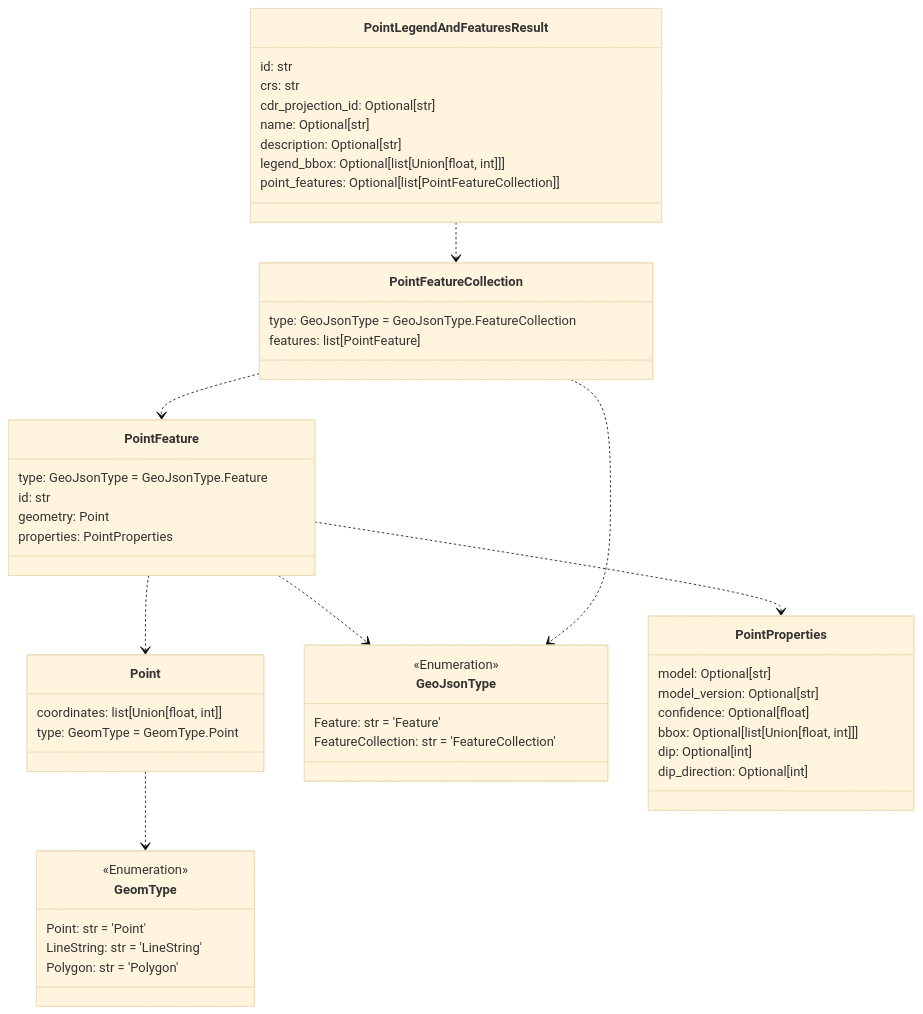
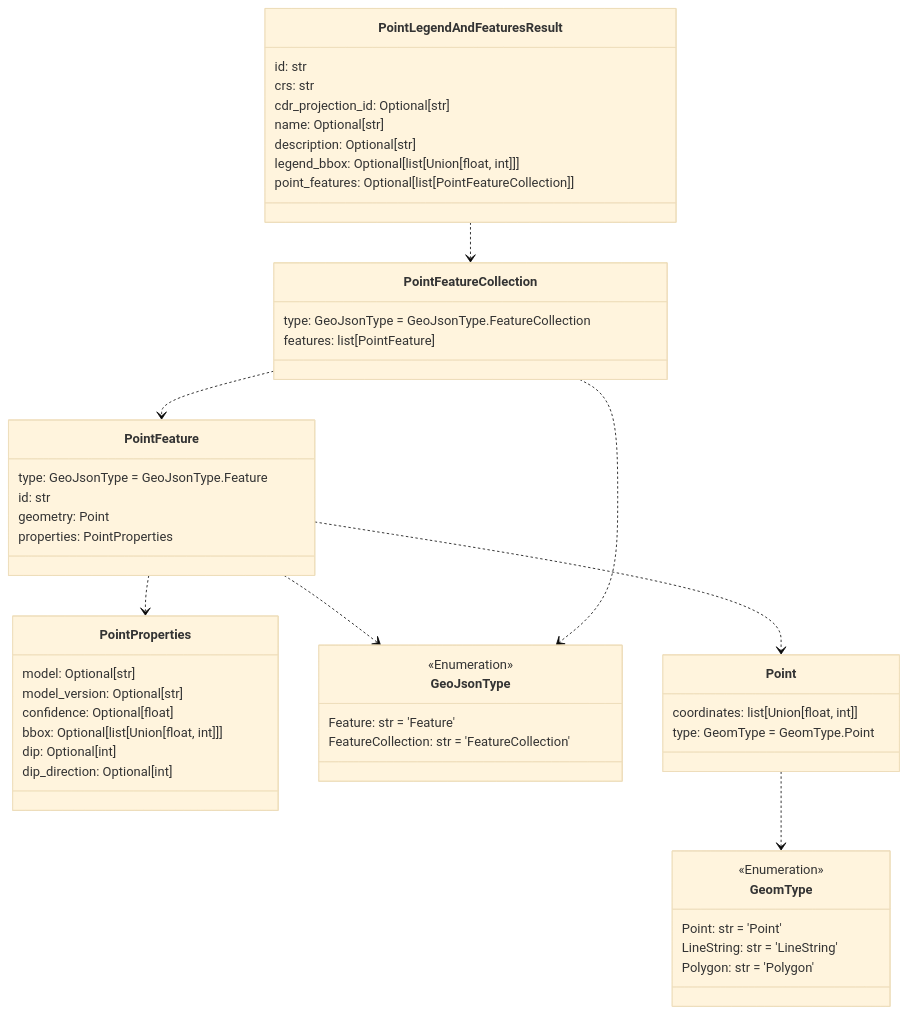
One commit to DARPA-CRITICALMAAS/cdr_schemas changed the fourth of 11 diagrams in README.md. Above: the diagram before and after it, drawn with Mermaid (base theme). The commit also changed other lines of this file and 1 other file, not shown here.

````diff
--- a/README.md
+++ b/README.md
@@ -278,62 +278,62 @@
 ```mermaid
 classDiagram
 
-    class Point {
-        coordinates: list[Union[float, int]]
-        type: GeomType = GeomType.Point
+    class PointProperties {
+        model: Optional[str]
+        model_version: Optional[str]
+        confidence: Optional[float]
+        bbox: Optional[list[Union[float, int]]]
+        dip: Optional[int]
+        dip_direction: Optional[int]
     }
 
     class GeoJsonType {
         <<Enumeration>>
         Feature: str = 'Feature'
         FeatureCollection: str = 'FeatureCollection'
+    }
+
+    class PointFeature {
+        type: GeoJsonType = GeoJsonType.Feature
+        id: str
+        geometry: Point
+        properties: PointProperties
     }
 
     class PointLegendAndFeaturesResult {
         id: str
         crs: str
         cdr_projection_id: Optional[str]
         name: Optional[str]
         description: Optional[str]
         legend_bbox: Optional[list[Union[float, int]]]
         point_features: Optional[list[PointFeatureCollection]]
     }
 
-    class PointFeatureCollection {
-        type: GeoJsonType = GeoJsonType.FeatureCollection
-        features: list[PointFeature]
-    }
-
     class GeomType {
         <<Enumeration>>
         Point: str = 'Point'
         LineString: str = 'LineString'
         Polygon: str = 'Polygon'
     }
 
-    class PointProperties {
-        model: Optional[str]
-        model_version: Optional[str]
-        confidence: Optional[float]
-        bbox: Optional[list[Union[float, int]]]
-        dip: Optional[int]
-        dip_direction: Optional[int]
+    class PointFeatureCollection {
+        type: GeoJsonType = GeoJsonType.FeatureCollection
+        features: list[PointFeature]
     }
 
-    class PointFeature {
-        type: GeoJsonType = GeoJsonType.Feature
-        id: str
-        geometry: Point
-        properties: PointProperties
+    class Point {
+        coordinates: list[Union[float, int]]
+        type: GeomType = GeomType.Point
     }
 
     Point ..> GeomType
-    PointFeature ..> Point
     PointFeature ..> PointProperties
     PointFeature ..> GeoJsonType
+    PointFeature ..> Point
     PointFeatureCollection ..> GeoJsonType
     PointFeatureCollection ..> PointFeature
     PointLegendAndFeaturesResult ..> PointFeatureCollection
 
 
 ```
````
